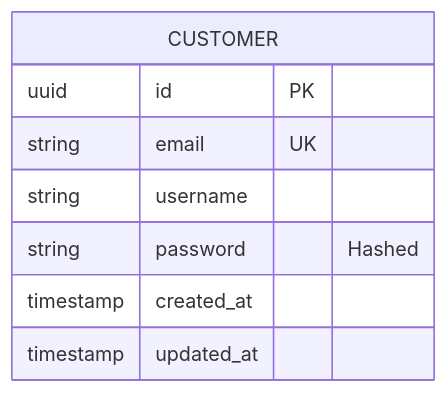
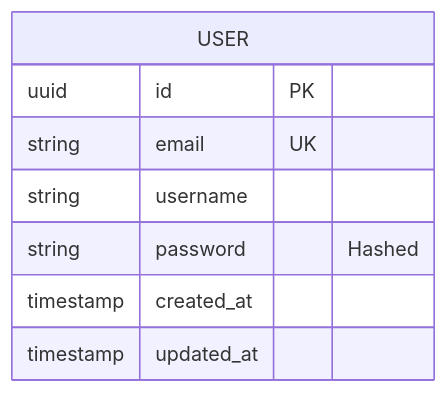
One commit to Highload-Labs/healthcare-gov-docs changed the diagram in erd/users.md. Above: the diagram before and after it, drawn with Mermaid.

Commit message:
fix(docs): mismatch erd names

````diff
--- a/erd/users.md
+++ b/erd/users.md
@@ -3,12 +3,12 @@
 ```mermaid
 erDiagram
-    CUSTOMER
-    CUSTOMER {
+    USER
+    USER {
         uuid id PK
         string email UK
         string username
         string password "Hashed"
         timestamp created_at
         timestamp updated_at
     }
 ```
````
